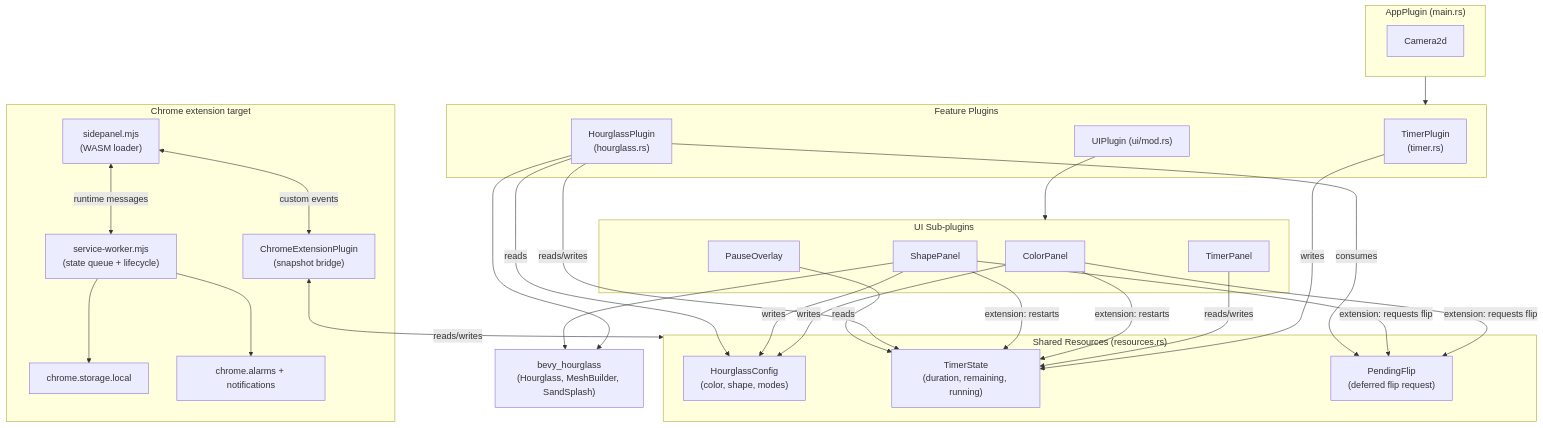
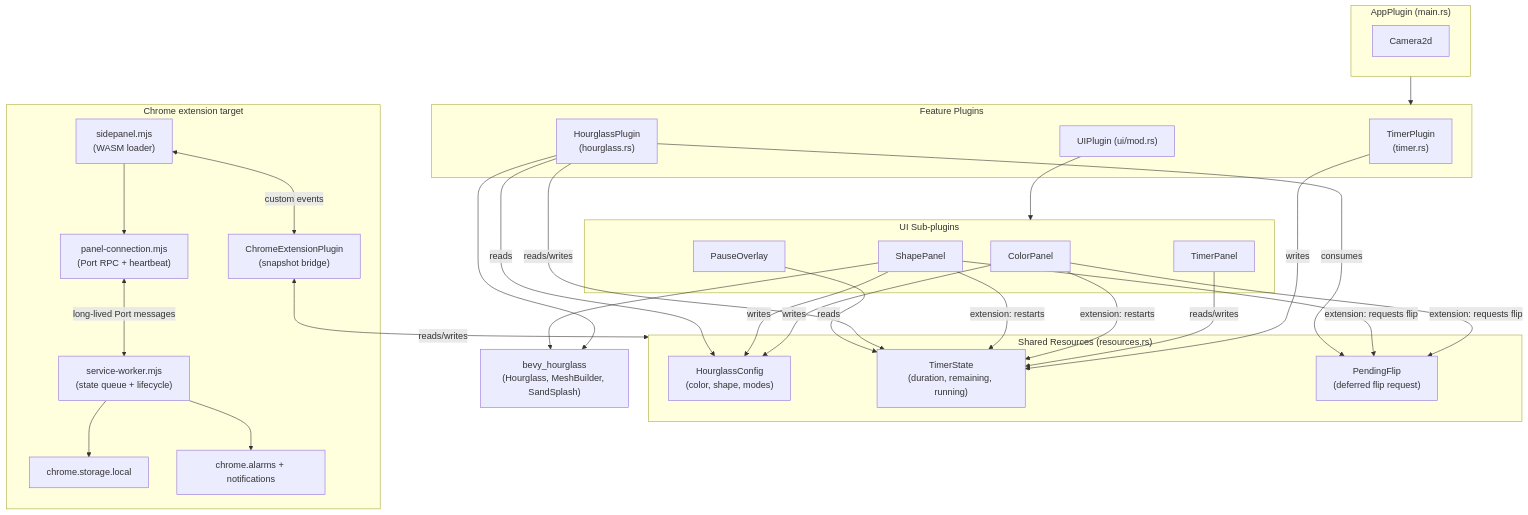
Before and after one commit to mikeplavsky/Hourglass-Timer: the diagram in wiki/architecture/overview.md, drawn with Mermaid. The commit also changed other lines of this file and 15 other files, not shown here.

````diff
--- a/wiki/architecture/overview.md
+++ b/wiki/architecture/overview.md
@@ -11,58 +11,60 @@
 ```mermaid
 graph TD
     subgraph App["AppPlugin (main.rs)"]
         Cam["Camera2d"]
     end
 
     subgraph Resources["Shared Resources (resources.rs)"]
         Cfg["HourglassConfig<br/>(color, shape, modes)"]
         TS["TimerState<br/>(duration, remaining, running)"]
         PF["PendingFlip<br/>(deferred flip request)"]
     end
 
     subgraph Plugins["Feature Plugins"]
         Timer["TimerPlugin<br/>(timer.rs)"]
         HG["HourglassPlugin<br/>(hourglass.rs)"]
         UI["UIPlugin (ui/mod.rs)"]
     end
 
     subgraph UISub["UI Sub-plugins"]
         Color["ColorPanel"]
         Shape["ShapePanel"]
         TPanel["TimerPanel"]
         Pause["PauseOverlay"]
     end
 
     subgraph ChromeExt["Chrome extension target"]
         Loader["sidepanel.mjs<br/>(WASM loader)"]
+        Port["panel-connection.mjs<br/>(Port RPC + heartbeat)"]
         Bridge["ChromeExtensionPlugin<br/>(snapshot bridge)"]
         Worker["service-worker.mjs<br/>(state queue + lifecycle)"]
         Storage["chrome.storage.local"]
         Alarm["chrome.alarms + notifications"]
     end
 
     Ext["bevy_hourglass<br/>(Hourglass, MeshBuilder, SandSplash)"]
 
     App --> Plugins
     UI --> UISub
 
     Timer -->|writes| TS
     TPanel -->|reads/writes| TS
     Color -->|writes| Cfg
     Color -->|extension: restarts| TS
     Color -->|extension: requests flip| PF
     Shape -->|writes| Cfg
     Shape -->|extension: restarts| TS
     Shape -->|extension: requests flip| PF
     HG -->|reads| Cfg
     HG -->|reads/writes| TS
     HG -->|consumes| PF
     Pause -->|reads| TS
     HG --> Ext
     Shape --> Ext
-    Loader <-->|runtime messages| Worker
+    Loader --> Port
+    Port <-->|long-lived Port messages| Worker
     Loader <-->|custom events| Bridge
     Bridge <-->|reads/writes| Resources
     Worker --> Storage
     Worker --> Alarm
 ```
````
